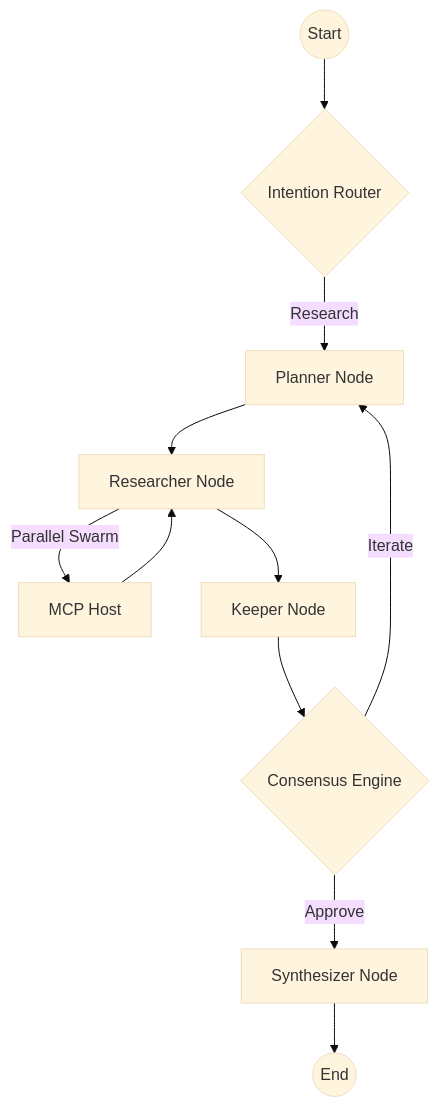
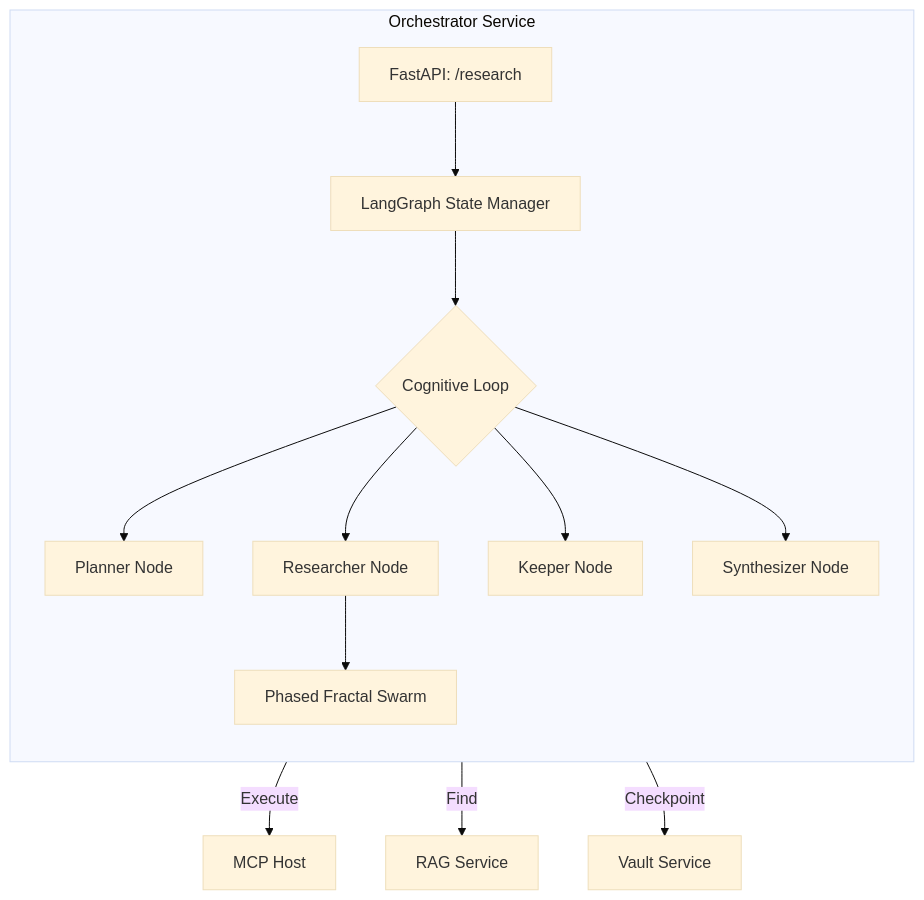
One commit to azzindani/Kea changed the diagram in services/orchestrator/README.md. Above: the diagram before and after it, drawn with Mermaid (base theme). The commit also changed other lines of this file and 22 other files, not shown here.

Commit message:
feat: Establish initial project architecture and comprehensive module documentation across kernel and services.

````diff
--- a/services/orchestrator/README.md
+++ b/services/orchestrator/README.md
@@ -33,13 +9,19 @@
 ```mermaid
 graph TD
-    Start((Start)) --> Router{Intention Router}
-    Router -->|Research| Planner[Planner Node]
-    Planner --> Researcher[Researcher Node]
-    Researcher -->|Parallel Swarm| MCP[MCP Host]
-    MCP --> Researcher
-    Researcher --> Keeper[Keeper Node]
-    Keeper --> GCJ{Consensus Engine}
-    GCJ -->|Iterate| Planner
-    GCJ -->|Approve| Synthesizer[Synthesizer Node]
-    Synthesizer --> End((End))
+    subgraph Orchestrator [Orchestrator Service]
+        direction TB
+        Main[FastAPI: /research] --> State[LangGraph State Manager]
+        State --> Loop{Cognitive Loop}
+        
+        Loop --> Planner[Planner Node]
+        Loop --> Researcher[Researcher Node]
+        Loop --> Keeper[Keeper Node]
+        Loop --> Synth[Synthesizer Node]
+        
+        Researcher --> Swarm[Phased Fractal Swarm]
+    end
+
+    Swarm -->|Execute| MCP[MCP Host]
+    Planner -->|Find| RAG[RAG Service]
+    State -->|Checkpoint| Vault[Vault Service]
 ```
````
